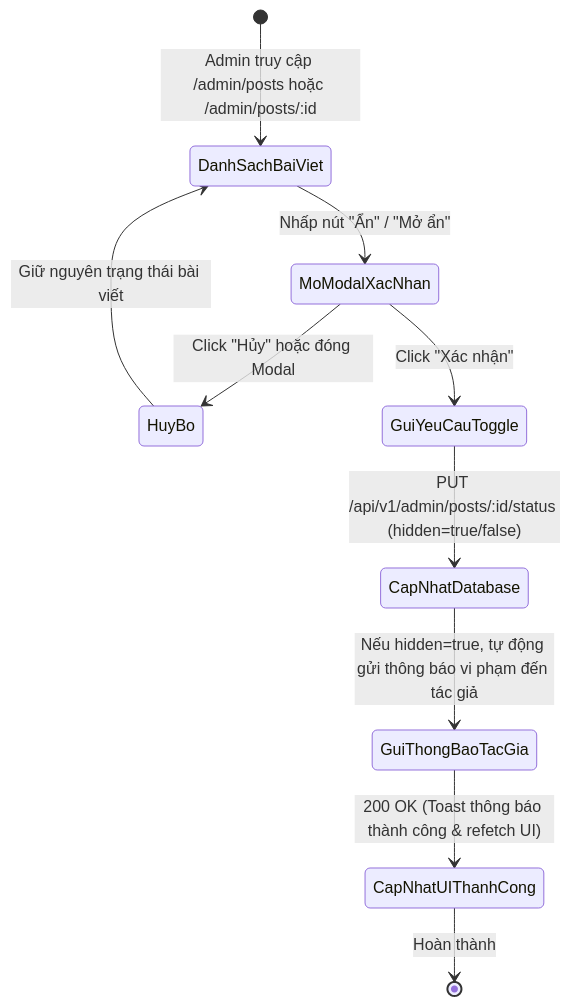
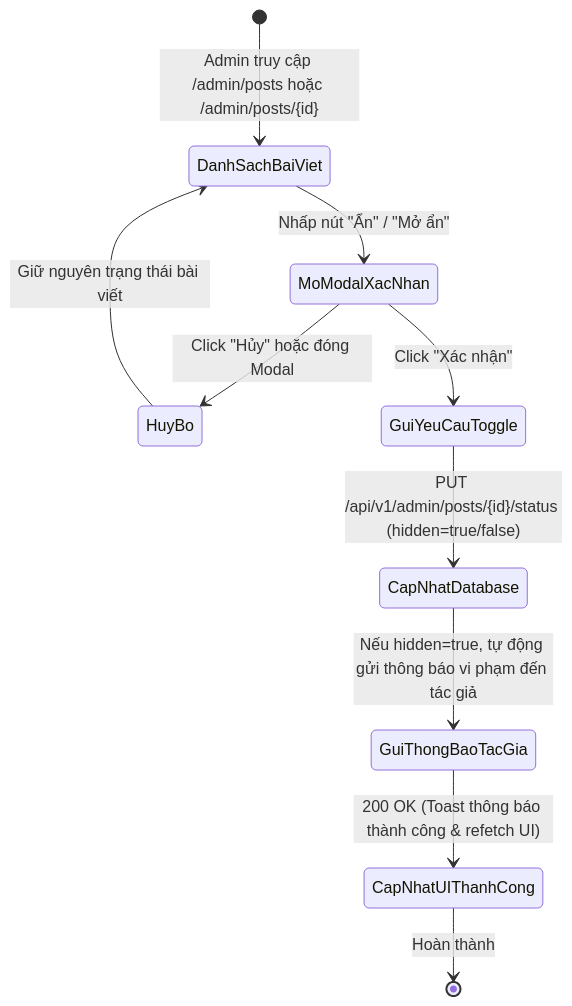
Before and after one commit to Alumnect/Alumnect: the first of 3 diagrams in docs/update_SRS/SRS_UC_68_HideViolatingFeedPost.md, drawn with Mermaid. The commit also changed other lines of this file and 83 other files, not shown here.

````diff
--- a/docs/update_SRS/SRS_UC_68_HideViolatingFeedPost.md
+++ b/docs/update_SRS/SRS_UC_68_HideViolatingFeedPost.md
@@ -7,12 +7,12 @@
 ```mermaid
 stateDiagram-v2
-    [*] --> DanhSachBaiViet : Admin truy cập /admin/posts hoặc /admin/posts/:id
+    [*] --> DanhSachBaiViet : Admin truy cập /admin/posts hoặc /admin/posts/{id}
     DanhSachBaiViet --> MoModalXacNhan : Nhấp nút "Ẩn" / "Mở ẩn"
     MoModalXacNhan --> HuyBo : Click "Hủy" hoặc đóng Modal
     HuyBo --> DanhSachBaiViet : Giữ nguyên trạng thái bài viết
     MoModalXacNhan --> GuiYeuCauToggle : Click "Xác nhận"
-    GuiYeuCauToggle --> CapNhatDatabase : PUT /api/v1/admin/posts/:id/status (hidden=true/false)
+    GuiYeuCauToggle --> CapNhatDatabase : PUT /api/v1/admin/posts/{id}/status (hidden=true/false)
     CapNhatDatabase --> GuiThongBaoTacGia : Nếu hidden=true, tự động gửi thông báo vi phạm đến tác giả
     GuiThongBaoTacGia --> CapNhatUIThanhCong : 200 OK (Toast thông báo thành công & refetch UI)
     CapNhatUIThanhCong --> [*] : Hoàn thành
 ```
````
